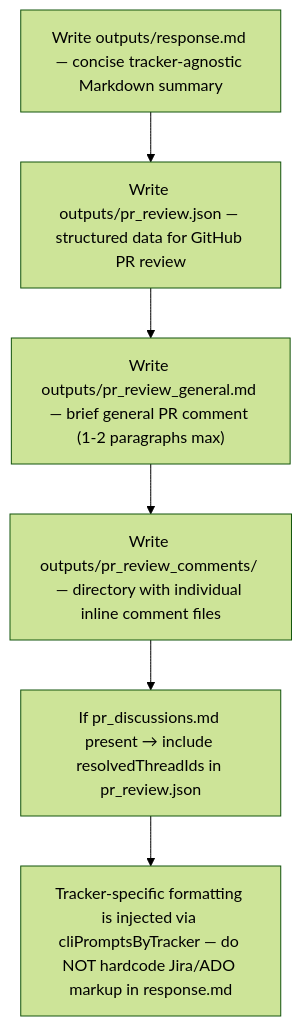
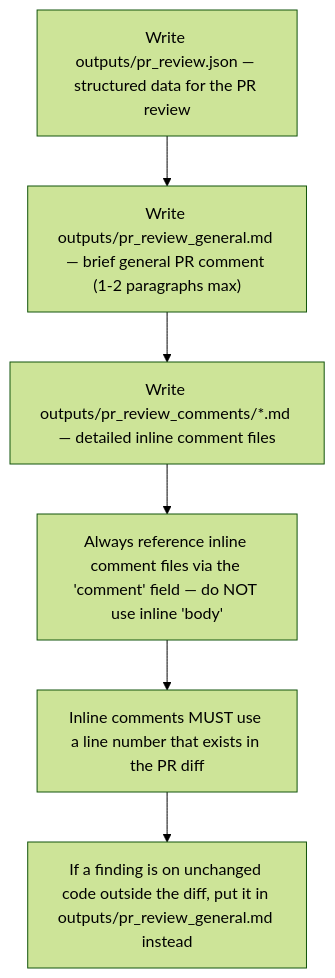
Before and after one commit to IstiN/dmtools-agents: the fourth of 9 diagrams in snapshots/pr_bug_test_automation_review.md, drawn with Mermaid (forest theme). The commit also changed other lines of this file and 29 other files, not shown here.

````diff
--- a/snapshots/pr_bug_test_automation_review.md
+++ b/snapshots/pr_bug_test_automation_review.md
@@ -107,10 +131,10 @@
 ```mermaid
 flowchart TD
-    O1["Write outputs/response.md — concise tracker-agnostic Markdown summary"]
-    O2["Write outputs/pr_review.json — structured data for GitHub PR review"]
-    O3["Write outputs/pr_review_general.md — brief general PR comment (1-2 paragraphs max)"]
-    O4["Write outputs/pr_review_comments/ — directory with individual inline comment files"]
-    O5["If pr_discussions.md present → include resolvedThreadIds in pr_review.json"]
-    O6["Tracker-specific formatting is injected via cliPromptsByTracker — do NOT hardcode Jira/ADO markup in response.md"]
+    O1["Write outputs/pr_review.json — structured data for the PR review"]
+    O2["Write outputs/pr_review_general.md — brief general PR comment (1-2 paragraphs max)"]
+    O3["Write outputs/pr_review_comments/*.md — detailed inline comment files"]
+    O4["Always reference inline comment files via the 'comment' field — do NOT use inline 'body'"]
+    O5["Inline comments MUST use a line number that exists in the PR diff"]
+    O6["If a finding is on unchanged code outside the diff, put it in outputs/pr_review_general.md instead"]
     O1 --> O2 --> O3 --> O4 --> O5 --> O6
 ```
````
